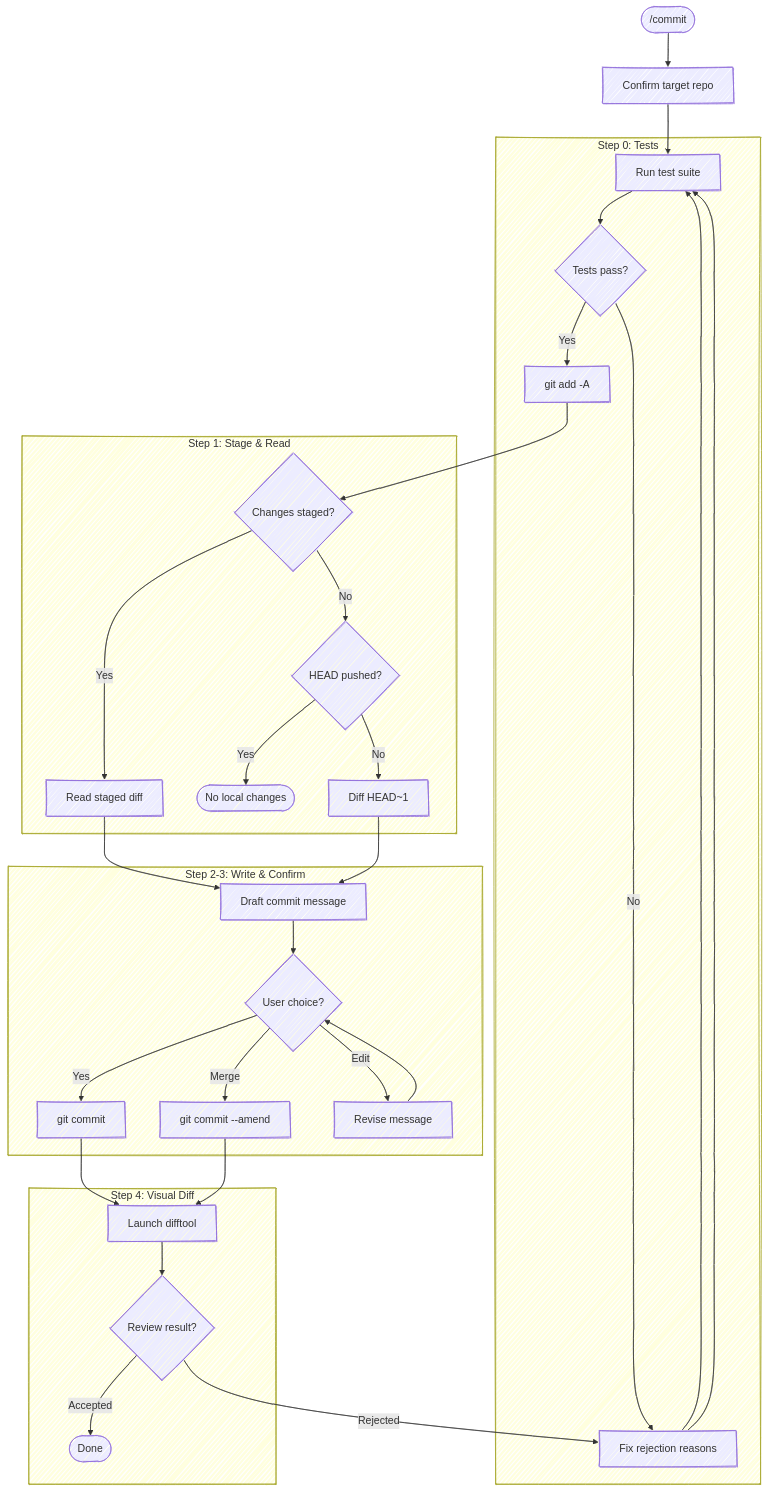
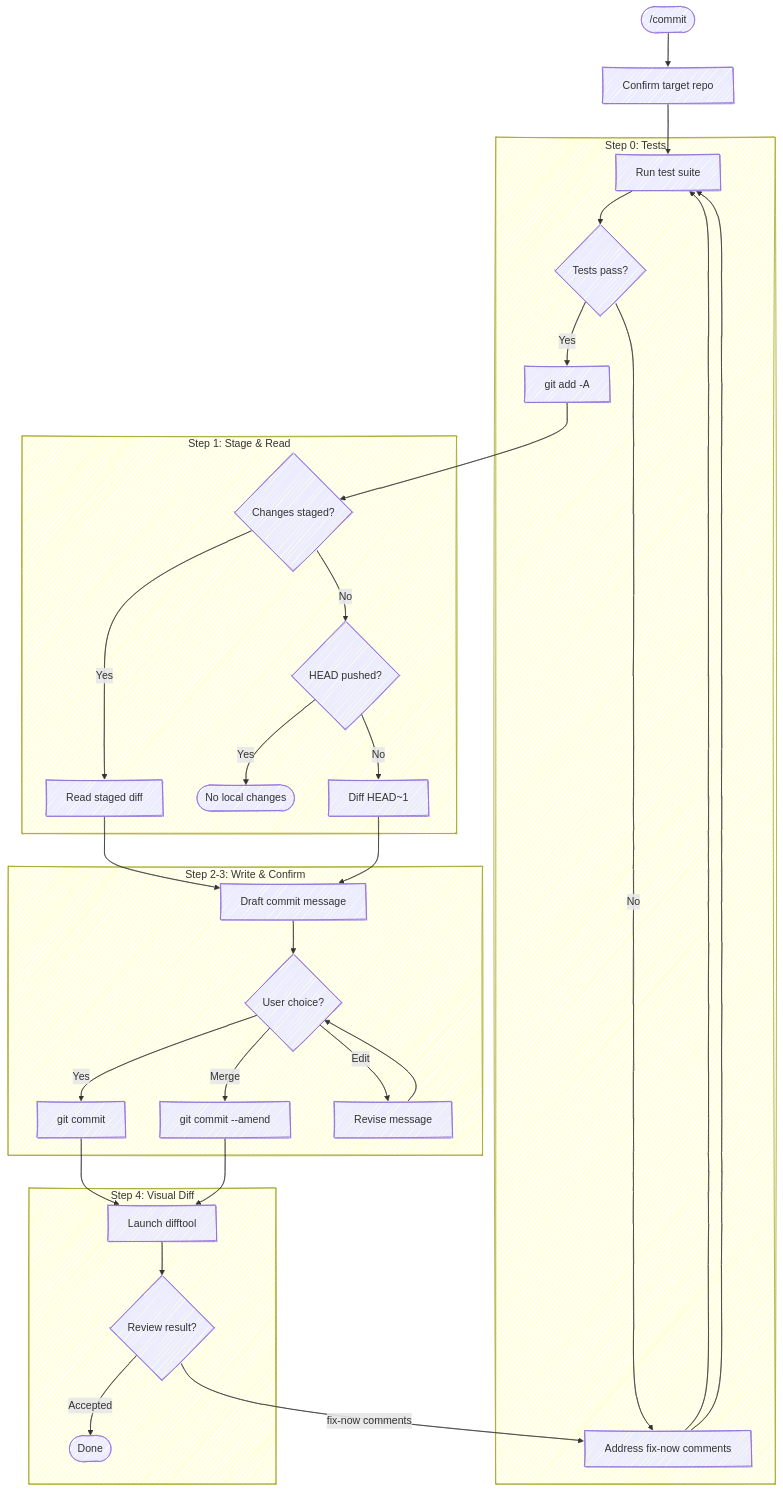
One commit to chris-peterson/anchor changed the diagram in skills/commit/SKILL.md. Above: the diagram before and after it, drawn with Mermaid. The commit also changed other lines of this file and 4 other files, not shown here.

First line of the commit message:
Update review skills for moor's comments[] sidecar contract

````diff
--- a/skills/commit/SKILL.md
+++ b/skills/commit/SKILL.md
@@ -12,36 +12,36 @@
 ```mermaid
 %%{ init: { 'look': 'handDrawn' } }%%
 flowchart TD
     Start(["/commit"]) --> Repo["Confirm target repo"] --> Tests
 
     subgraph "Step 0: Tests"
         Tests["Run test suite"] --> TestResult{Tests pass?}
         TestResult -->|No| Fix["Fix failures"] --> Tests
         TestResult -->|Yes| Stage
     end
 
     subgraph "Step 1: Stage & Read"
         Stage["git add -A"] --> Staged{Changes staged?}
         Staged -->|Yes| ReadDiff["Read staged diff"]
         Staged -->|No| CheckHead{HEAD pushed?}
         CheckHead -->|Yes| Stop([No local changes])
         CheckHead -->|No| ReadHead["Diff HEAD~1"]
     end
 
     subgraph "Step 2-3: Write & Confirm"
         ReadDiff --> Draft["Draft commit message"]
         ReadHead --> Draft
         Draft --> Confirm{User choice?}
         Confirm -->|Yes| Commit["git commit"]
         Confirm -->|Merge| Amend["git commit --amend"]
         Confirm -->|Edit| Revise["Revise message"] --> Confirm
     end
 
     subgraph "Step 4: Visual Diff"
         Commit --> DiffTool["Launch difftool"]
         Amend --> DiffTool
         DiffTool --> Review{Review result?}
         Review -->|Accepted| Done([Done])
-        Review -->|Rejected| Fix["Fix rejection reasons"] --> Tests
+        Review -->|fix-now comments| Fix["Address fix-now comments"] --> Tests
     end
 ```
````
